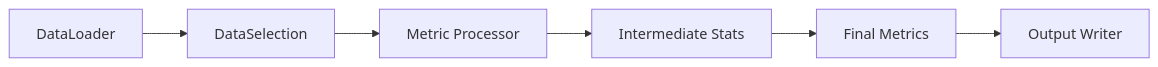
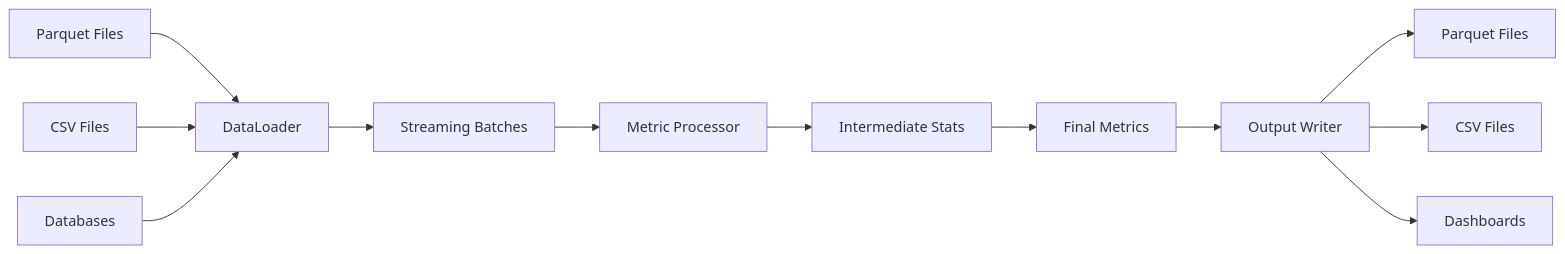
One commit to Safenai/dqm-ml-workspace changed the first of 2 diagrams in docs/dqm-ml-v2.md. Above: the diagram before and after it, drawn with Mermaid. The commit also changed other lines of this file and 9 other files, not shown here.

````diff
--- a/docs/dqm-ml-v2.md
+++ b/docs/dqm-ml-v2.md
@@ -26,8 +26,14 @@
 ```mermaid
 flowchart LR
-    DL[DataLoader] --> DS[DataSelection]
-    DS --> MP[Metric Processor]
-    MP --> IA[Intermediate Stats]
-    IA --> FM[Final Metrics]
-    FM --> OW[Output Writer]
+    A1[Parquet Files] --> B[DataLoader]
+    A2[CSV Files] --> B
+    A3[Databases] --> B
+    B --> C[Streaming Batches]
+    C --> D[Metric Processor]
+    D --> E[Intermediate Stats]
+    E --> F[Final Metrics]
+    F --> G[Output Writer]
+    G --> H1[Parquet Files]
+    G --> H2[CSV Files]
+    G --> H3[Dashboards]
 ```
````
